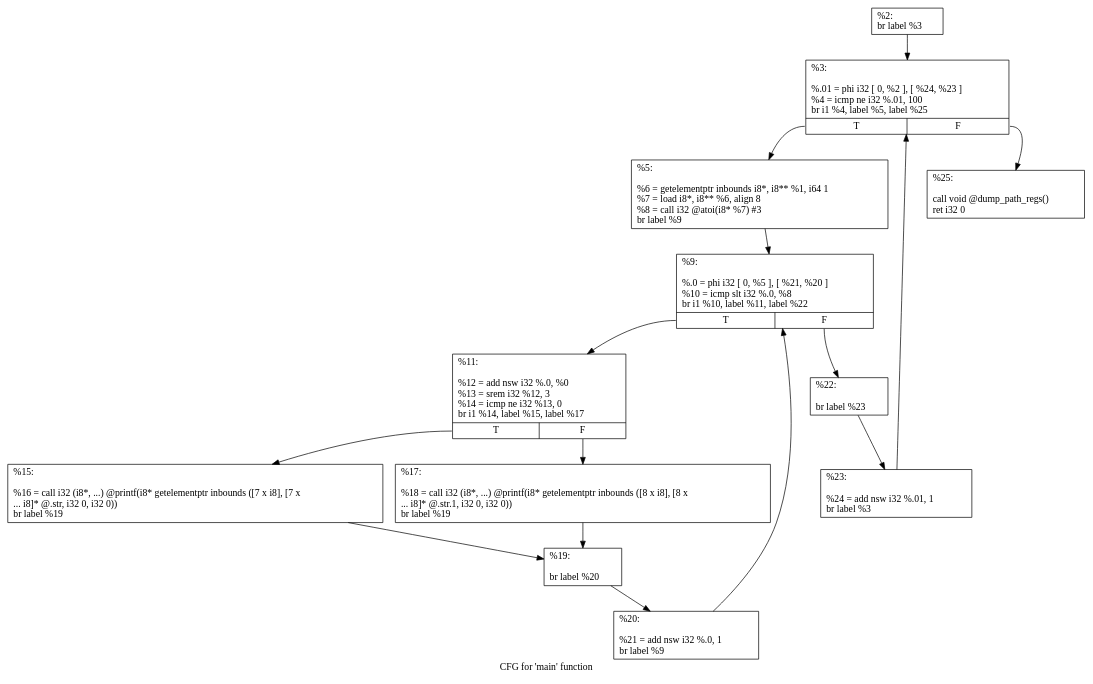
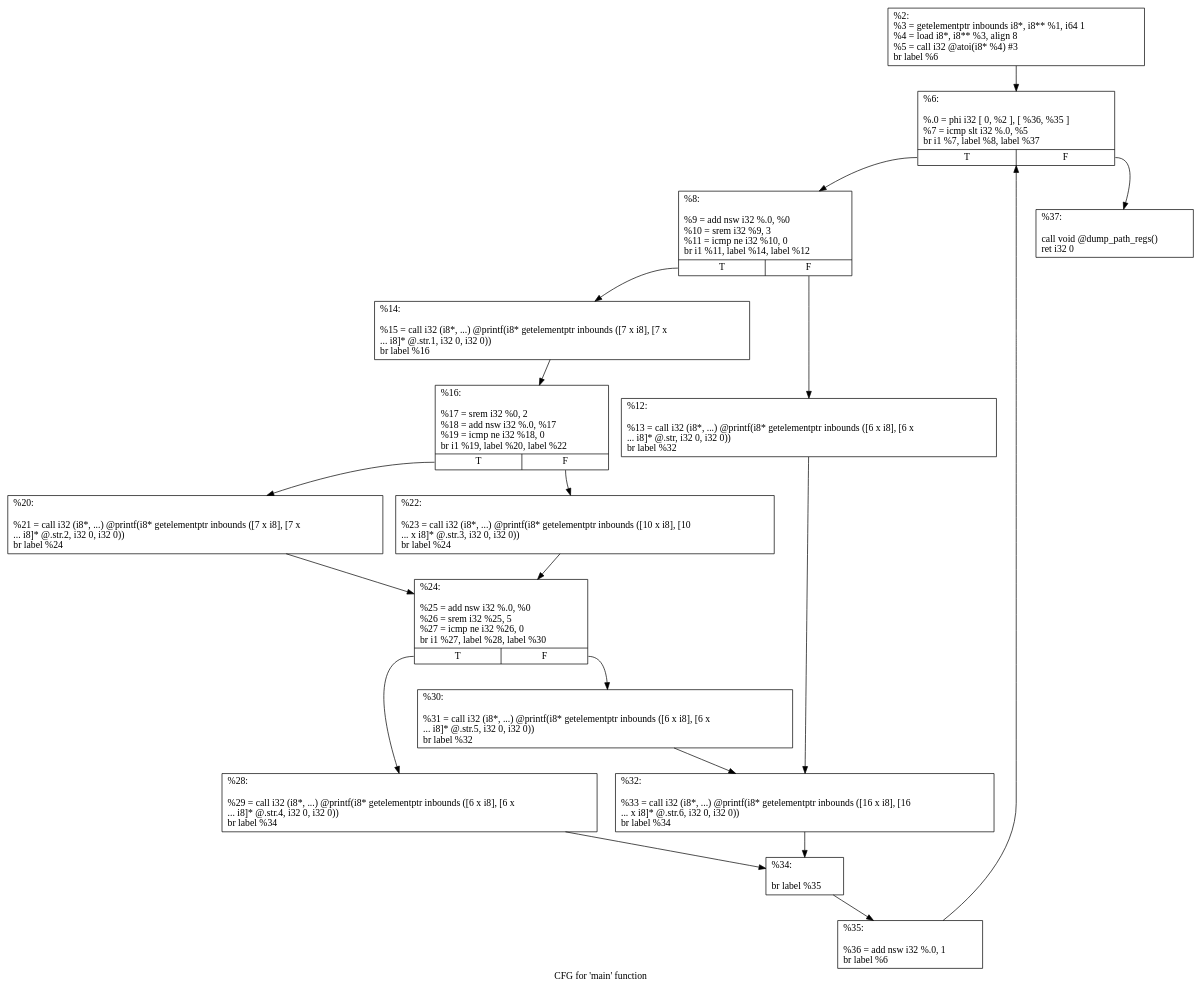
One commit to aytung94/EE382V_CGO changed the diagram in programs/pa2/prog2/cfg.main.dot. Above: the diagram before and after it, drawn with Graphviz. The commit also changed 30 other files, not shown here.

```diff
--- a/programs/pa2/prog2/cfg.main.dot
+++ b/programs/pa2/prog2/cfg.main.dot
@@ -1,30 +1,37 @@
 digraph "CFG for 'main' function" {
 	label="CFG for 'main' function";
 
-	Node0x3d5d680 [shape=record,label="{%2:\l  br label %3\l}"];
-	Node0x3d5d680 -> Node0x3d5cca0;
-	Node0x3d5cca0 [shape=record,label="{%3:\l\l  %.01 = phi i32 [ 0, %2 ], [ %24, %23 ]\l  %4 = icmp ne i32 %.01, 100\l  br i1 %4, label %5, label %25\l|{<s0>T|<s1>F}}"];
-	Node0x3d5cca0:s0 -> Node0x3d5ee50;
-	Node0x3d5cca0:s1 -> Node0x3d5f120;
-	Node0x3d5ee50 [shape=record,label="{%5:\l\l  %6 = getelementptr inbounds i8*, i8** %1, i64 1\l  %7 = load i8*, i8** %6, align 8\l  %8 = call i32 @atoi(i8* %7) #3\l  br label %9\l}"];
-	Node0x3d5ee50 -> Node0x3d5eea0;
-	Node0x3d5eea0 [shape=record,label="{%9:\l\l  %.0 = phi i32 [ 0, %5 ], [ %21, %20 ]\l  %10 = icmp slt i32 %.0, %8\l  br i1 %10, label %11, label %22\l|{<s0>T|<s1>F}}"];
-	Node0x3d5eea0:s0 -> Node0x3d5eef0;
-	Node0x3d5eea0:s1 -> Node0x3d5f080;
-	Node0x3d5eef0 [shape=record,label="{%11:\l\l  %12 = add nsw i32 %.0, %0\l  %13 = srem i32 %12, 3\l  %14 = icmp ne i32 %13, 0\l  br i1 %14, label %15, label %17\l|{<s0>T|<s1>F}}"];
-	Node0x3d5eef0:s0 -> Node0x3d5ef40;
-	Node0x3d5eef0:s1 -> Node0x3d5ef90;
-	Node0x3d5ef40 [shape=record,label="{%15:\l\l  %16 = call i32 (i8*, ...) @printf(i8* getelementptr inbounds ([7 x i8], [7 x\l... i8]* @.str, i32 0, i32 0))\l  br label %19\l}"];
-	Node0x3d5ef40 -> Node0x3d5efe0;
-	Node0x3d5ef90 [shape=record,label="{%17:\l\l  %18 = call i32 (i8*, ...) @printf(i8* getelementptr inbounds ([8 x i8], [8 x\l... i8]* @.str.1, i32 0, i32 0))\l  br label %19\l}"];
-	Node0x3d5ef90 -> Node0x3d5efe0;
-	Node0x3d5efe0 [shape=record,label="{%19:\l\l  br label %20\l}"];
-	Node0x3d5efe0 -> Node0x3d5f030;
-	Node0x3d5f030 [shape=record,label="{%20:\l\l  %21 = add nsw i32 %.0, 1\l  br label %9\l}"];
-	Node0x3d5f030 -> Node0x3d5eea0;
-	Node0x3d5f080 [shape=record,label="{%22:\l\l  br label %23\l}"];
-	Node0x3d5f080 -> Node0x3d5f0d0;
-	Node0x3d5f0d0 [shape=record,label="{%23:\l\l  %24 = add nsw i32 %.01, 1\l  br label %3\l}"];
-	Node0x3d5f0d0 -> Node0x3d5cca0;
-	Node0x3d5f120 [shape=record,label="{%25:\l\l  call void @dump_path_regs()\l  ret i32 0\l}"];
+	Node0x25b49f0 [shape=record,label="{%2:\l  %3 = getelementptr inbounds i8*, i8** %1, i64 1\l  %4 = load i8*, i8** %3, align 8\l  %5 = call i32 @atoi(i8* %4) #3\l  br label %6\l}"];
+	Node0x25b49f0 -> Node0x25b4a40;
+	Node0x25b4a40 [shape=record,label="{%6:\l\l  %.0 = phi i32 [ 0, %2 ], [ %36, %35 ]\l  %7 = icmp slt i32 %.0, %5\l  br i1 %7, label %8, label %37\l|{<s0>T|<s1>F}}"];
+	Node0x25b4a40:s0 -> Node0x25b4a90;
+	Node0x25b4a40:s1 -> Node0x25b6a70;
+	Node0x25b4a90 [shape=record,label="{%8:\l\l  %9 = add nsw i32 %.0, %0\l  %10 = srem i32 %9, 3\l  %11 = icmp ne i32 %10, 0\l  br i1 %11, label %14, label %12\l|{<s0>T|<s1>F}}"];
+	Node0x25b4a90:s0 -> Node0x25b6750;
+	Node0x25b4a90:s1 -> Node0x25b4ae0;
+	Node0x25b4ae0 [shape=record,label="{%12:\l\l  %13 = call i32 (i8*, ...) @printf(i8* getelementptr inbounds ([6 x i8], [6 x\l... i8]* @.str, i32 0, i32 0))\l  br label %32\l}"];
+	Node0x25b4ae0 -> Node0x25b6980;
+	Node0x25b6750 [shape=record,label="{%14:\l\l  %15 = call i32 (i8*, ...) @printf(i8* getelementptr inbounds ([7 x i8], [7 x\l... i8]* @.str.1, i32 0, i32 0))\l  br label %16\l}"];
+	Node0x25b6750 -> Node0x25b67a0;
+	Node0x25b67a0 [shape=record,label="{%16:\l\l  %17 = srem i32 %0, 2\l  %18 = add nsw i32 %.0, %17\l  %19 = icmp ne i32 %18, 0\l  br i1 %19, label %20, label %22\l|{<s0>T|<s1>F}}"];
+	Node0x25b67a0:s0 -> Node0x25b67f0;
+	Node0x25b67a0:s1 -> Node0x25b6840;
+	Node0x25b67f0 [shape=record,label="{%20:\l\l  %21 = call i32 (i8*, ...) @printf(i8* getelementptr inbounds ([7 x i8], [7 x\l... i8]* @.str.2, i32 0, i32 0))\l  br label %24\l}"];
+	Node0x25b67f0 -> Node0x25b6890;
+	Node0x25b6840 [shape=record,label="{%22:\l\l  %23 = call i32 (i8*, ...) @printf(i8* getelementptr inbounds ([10 x i8], [10\l... x i8]* @.str.3, i32 0, i32 0))\l  br label %24\l}"];
+	Node0x25b6840 -> Node0x25b6890;
+	Node0x25b6890 [shape=record,label="{%24:\l\l  %25 = add nsw i32 %.0, %0\l  %26 = srem i32 %25, 5\l  %27 = icmp ne i32 %26, 0\l  br i1 %27, label %28, label %30\l|{<s0>T|<s1>F}}"];
+	Node0x25b6890:s0 -> Node0x25b68e0;
+	Node0x25b6890:s1 -> Node0x25b6930;
+	Node0x25b68e0 [shape=record,label="{%28:\l\l  %29 = call i32 (i8*, ...) @printf(i8* getelementptr inbounds ([6 x i8], [6 x\l... i8]* @.str.4, i32 0, i32 0))\l  br label %34\l}"];
+	Node0x25b68e0 -> Node0x25b69d0;
+	Node0x25b6930 [shape=record,label="{%30:\l\l  %31 = call i32 (i8*, ...) @printf(i8* getelementptr inbounds ([6 x i8], [6 x\l... i8]* @.str.5, i32 0, i32 0))\l  br label %32\l}"];
+	Node0x25b6930 -> Node0x25b6980;
+	Node0x25b6980 [shape=record,label="{%32:\l\l  %33 = call i32 (i8*, ...) @printf(i8* getelementptr inbounds ([16 x i8], [16\l... x i8]* @.str.6, i32 0, i32 0))\l  br label %34\l}"];
+	Node0x25b6980 -> Node0x25b69d0;
+	Node0x25b69d0 [shape=record,label="{%34:\l\l  br label %35\l}"];
+	Node0x25b69d0 -> Node0x25b6a20;
+	Node0x25b6a20 [shape=record,label="{%35:\l\l  %36 = add nsw i32 %.0, 1\l  br label %6\l}"];
+	Node0x25b6a20 -> Node0x25b4a40;
+	Node0x25b6a70 [shape=record,label="{%37:\l\l  call void @dump_path_regs()\l  ret i32 0\l}"];
 }
```
